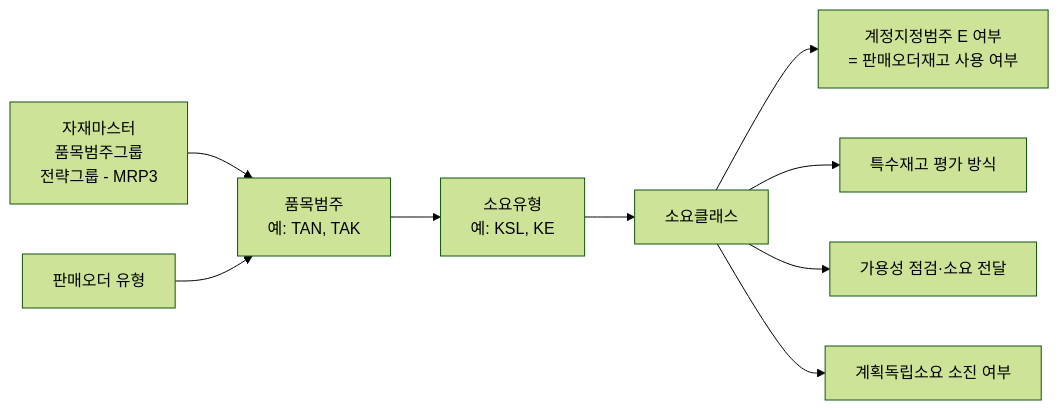
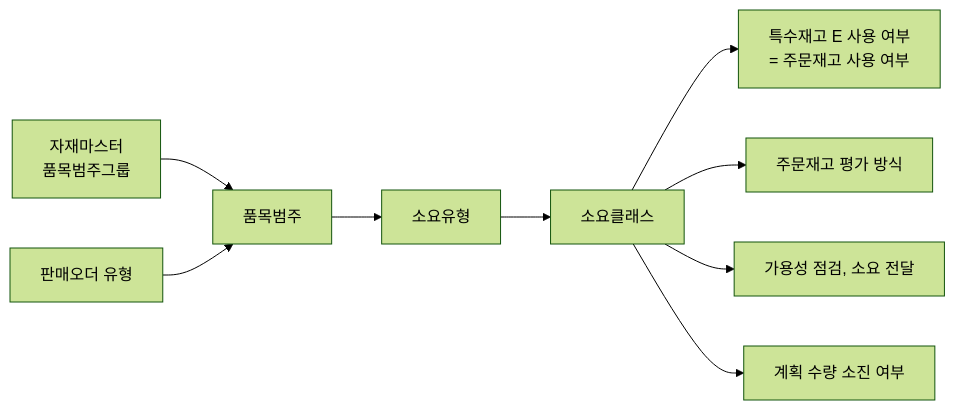
The third of 11 diagrams in docs/mto-mts-hybrid-analysis.md (donseok/mes-to-be-doc), drawn with Mermaid (forest theme) before and after one commit. The commit also changed other lines of this file and 6 other files, not shown here.

````diff
--- a/docs/mto-mts-hybrid-analysis.md
+++ b/docs/mto-mts-hybrid-analysis.md
@@ -99,11 +140,11 @@
 ```mermaid
 flowchart LR
-  M["자재마스터<br/>품목범주그룹<br/>전략그룹 - MRP3"] --> IC
-  OT["판매오더 유형"] --> IC["품목범주<br/>예: TAN, TAK"]
-  IC --> RT["소요유형<br/>예: KSL, KE"]
+  M["자재마스터<br/>품목범주그룹"] --> IC
+  OT["판매오더 유형"] --> IC["품목범주"]
+  IC --> RT["소요유형"]
   RT --> RC["소요클래스"]
-  RC --> R1["계정지정범주 E 여부<br/>= 판매오더재고 사용 여부"]
-  RC --> R2["특수재고 평가 방식"]
-  RC --> R3["가용성 점검·소요 전달"]
-  RC --> R4["계획독립소요 소진 여부"]
+  RC --> R1["특수재고 E 사용 여부<br/>= 주문재고 사용 여부"]
+  RC --> R2["주문재고 평가 방식"]
+  RC --> R3["가용성 점검, 소요 전달"]
+  RC --> R4["계획 수량 소진 여부"]
 ```
````
